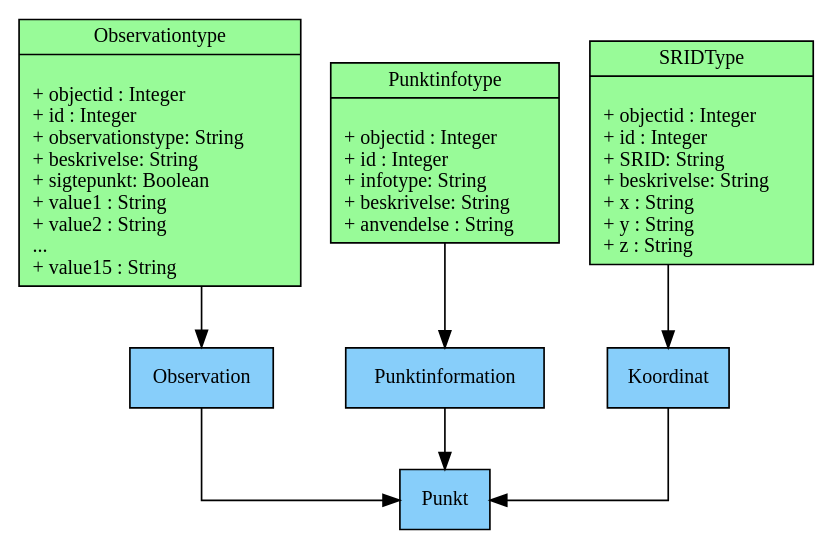
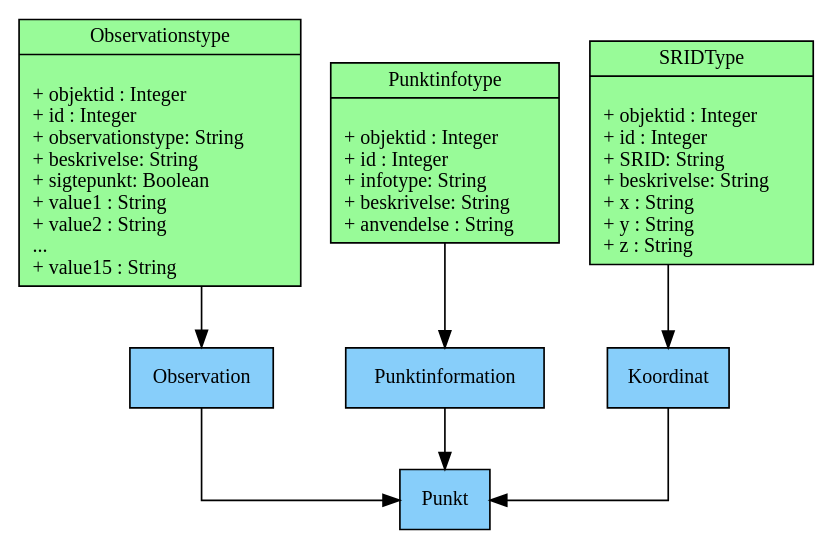
The third of 5 diagrams in docs/datamodel.rst (SDFIdk/FIRE), drawn with Graphviz before and after one commit. The commit also changed other lines of this file and 13 other files, not shown here.

```diff
--- a/docs/datamodel.rst
+++ b/docs/datamodel.rst
@@ -171,79 +171,79 @@
 .. graphviz::
     :name: Typer
     :caption: Typer
     :align: center
 
         digraph "Typer" {
             node [shape=record, fontname="Verdana", fontsize="12"];
             graph [splines=ortho];
 
-            Observationtype [
+            Observationstype [
                 fillcolor = palegreen
                 style = filled
-                label = "{Observationtype|\l
-                        + objectid : Integer\l
+                label = "{Observationstype|\l
+                        + objektid : Integer\l
                         + id : Integer\l
                         + observationstype: String\l
                         + beskrivelse: String\l
                         + sigtepunkt: Boolean\l
                         + value1 : String\l
                         + value2 : String\l
                         ...\l
                         + value15 : String\l
                 }"
             ]
 
             SRIDType [
                 fillcolor = palegreen
                 style = filled
                 label = "{SRIDType|\l
-                        + objectid : Integer\l
+                        + objektid : Integer\l
                         + id : Integer\l
                         + SRID: String\l
                         + beskrivelse: String\l
                         + x : String\l
                         + y : String\l
                         + z : String\l
                 }"
             ]
 
             Punktinfotype [
                 fillcolor = palegreen
                 style = filled
                 label = "{Punktinfotype|\l
-                        + objectid : Integer\l
+                        + objektid : Integer\l
                         + id : Integer\l
                         + infotype: String\l
                         + beskrivelse: String\l
                         + anvendelse : String\l
                 }"
             ]
 
             Punktinformation [
                 fillcolor = lightskyblue
                 style = filled
             ]
 
             Koordinat [
                 fillcolor = lightskyblue
                 style = filled
             ]
 
             Observation [
                 fillcolor = lightskyblue
                 style = filled
             ]
 
             Punkt [
                 fillcolor = lightskyblue
                 style = filled
             ]
 
                 Punktinfotype -> Punktinformation;
                 SRIDType -> Koordinat;
-                Observationtype -> Observation;
+                Observationstype -> Observation;
 
                 Punktinformation -> Punkt;
                 Koordinat -> Punkt;
                 Observation -> Punkt;
         }
```
